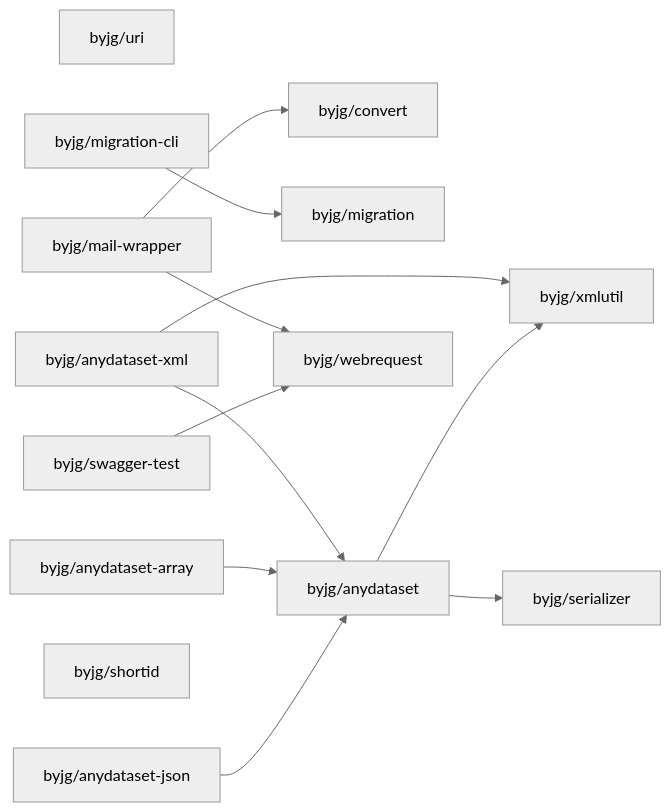
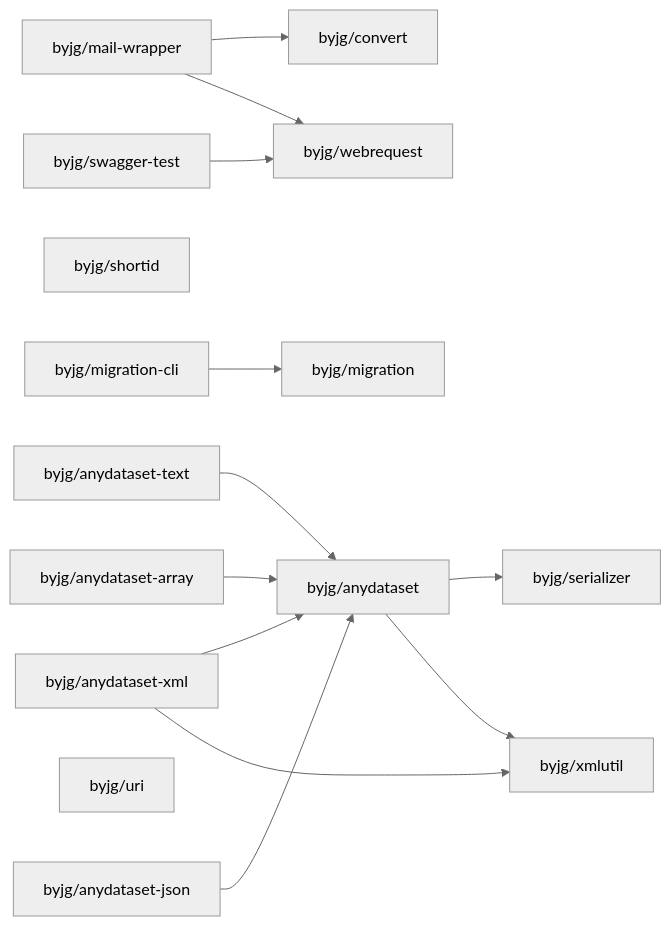
One commit to byjg/byjg.github.io changed the diagram in php/README.md. Above: the diagram before and after it, drawn with Mermaid (neutral theme). The commit also changed 1 other file, not shown here.

Commit message:
Update documentation 'php' 'php-anydataset-text'

````diff
--- a/php/README.md
+++ b/php/README.md
@@ -3,27 +3,29 @@
 ```mermaid
 graph LR;
+  byjg/swagger-test;
+  byjg/anydataset-json;
+  byjg/shortid;
+  byjg/mail-wrapper;
+  byjg/anydataset-xml;
+  byjg/anydataset-array;
+  byjg/migration-cli;
   byjg/uri;
-  byjg/mail-wrapper;
-  byjg/anydataset-array;
-  byjg/anydataset-json;
-  byjg/migration-cli;
-  byjg/anydataset-xml;
-  byjg/shortid;
-  byjg/swagger-test;
+  byjg/anydataset-text;
   byjg/convert;
+  byjg/webrequest;
   byjg/migration;
   byjg/anydataset;
-  byjg/webrequest;
   byjg/serializer;
   byjg/xmlutil;
+  byjg/anydataset-text --> byjg/anydataset;
   byjg/anydataset-xml --> byjg/anydataset;
   byjg/anydataset-xml --> byjg/xmlutil;
   byjg/anydataset-array --> byjg/anydataset;
   byjg/mail-wrapper --> byjg/convert;
   byjg/mail-wrapper --> byjg/webrequest;
   byjg/anydataset-json --> byjg/anydataset;
   byjg/swagger-test --> byjg/webrequest;
   byjg/migration-cli --> byjg/migration;
   byjg/anydataset --> byjg/serializer;
   byjg/anydataset --> byjg/xmlutil;
 ```
````
